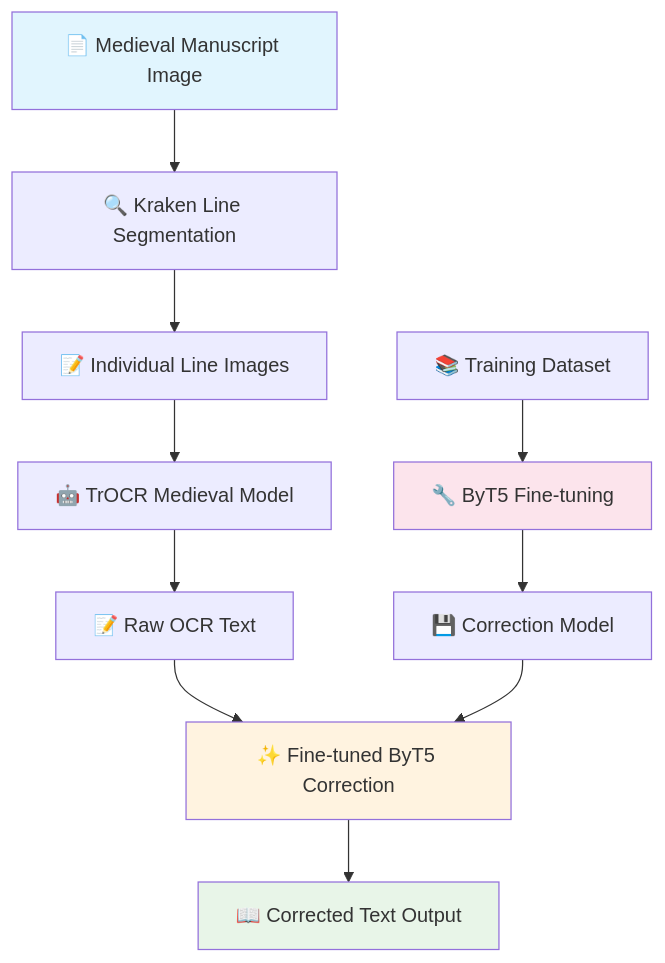
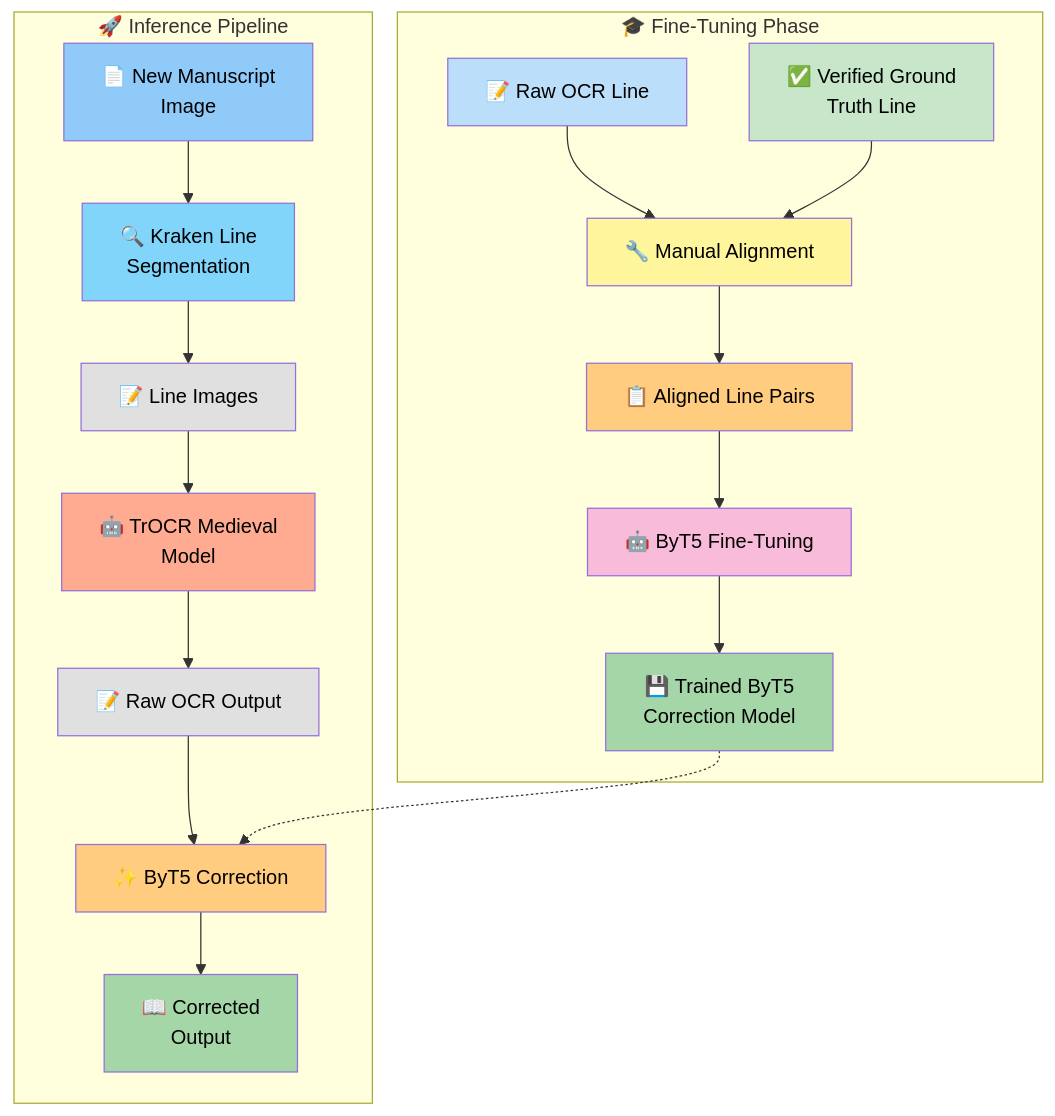
The diagram in README.md (yahyamomtaz/medieval-ocr-pipeline), drawn with Mermaid before and after one commit. The commit also changed other lines of this file, not shown here.

````diff
--- a/README.md
+++ b/README.md
@@ -35,18 +22,50 @@
 ```mermaid
-graph TD
-    A[📄 Medieval Manuscript Image] --> B[🔍 Kraken Line Segmentation]
-    B --> C[📝 Individual Line Images]
-    C --> D[🤖 TrOCR Medieval Model]
-    D --> E[📝 Raw OCR Text]
-    E --> F[✨ Fine-tuned ByT5 Correction]
-    F --> G[📖 Corrected Text Output]
+graph TB
+    subgraph FT ["🎓 Fine-Tuning Phase"]
+        A[📝 Raw OCR Line]
+        F[✅ Verified Ground<br/>Truth Line]
+        B[🔧 Manual Alignment]
+        C[📋 Aligned Line Pairs]
+        D[🤖 ByT5 Fine-Tuning]
+        M[💾 Trained ByT5<br/>Correction Model]
+        
+        A --> B
+        F --> B
+        B --> C
+        C --> D
+        D --> M
+    end
     
-    H[📚 Training Dataset] --> I[🔧 ByT5 Fine-tuning]
-    I --> J[💾 Correction Model]
-    J --> F
+    subgraph IP ["🚀 Inference Pipeline"]
+        IMG[📄 New Manuscript<br/>Image]
+        SEG[🔍 Kraken Line<br/>Segmentation]
+        LINES[📝 Line Images]
+        OCR[🤖 TrOCR Medieval<br/>Model]
+        NOISY[📝 Raw OCR Output]
+        CORR[✨ ByT5 Correction]
+        FINAL[📖 Corrected<br/>Output]
+        
+        IMG --> SEG
+        SEG --> LINES
+        LINES --> OCR
+        OCR --> NOISY
+        NOISY --> CORR
+        CORR --> FINAL
+    end
     
-    style A fill:#e1f5fe
-    style G fill:#e8f5e8
-    style F fill:#fff3e0
-    style I fill:#fce4ec
+    M -.-> CORR
+    
+    style A fill:#bbdefb,color:#000
+    style F fill:#c8e6c9,color:#000
+    style B fill:#fff59d,color:#000
+    style C fill:#ffcc80,color:#000
+    style D fill:#f8bbd9,color:#000
+    style M fill:#a5d6a7,color:#000
+    style IMG fill:#90caf9,color:#000
+    style SEG fill:#81d4fa,color:#000
+    style LINES fill:#e0e0e0,color:#000
+    style OCR fill:#ffab91,color:#000
+    style NOISY fill:#e0e0e0,color:#000
+    style CORR fill:#ffcc80,color:#000
+    style FINAL fill:#a5d6a7,color:#000
 ```
````
